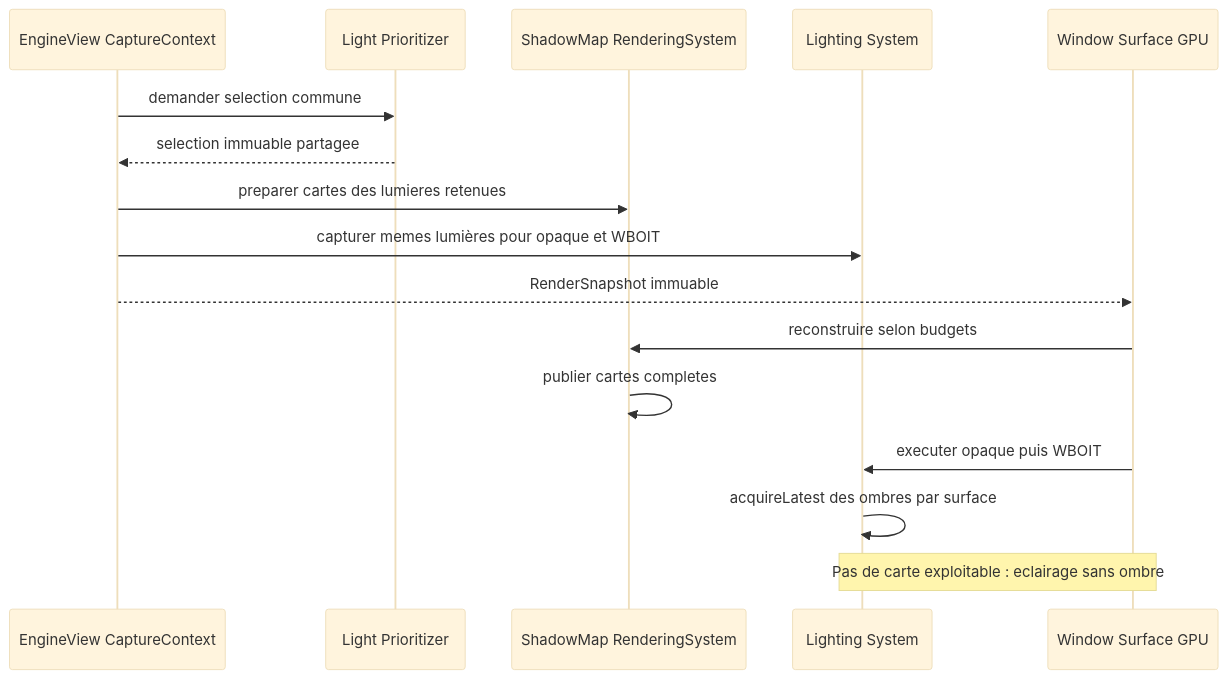
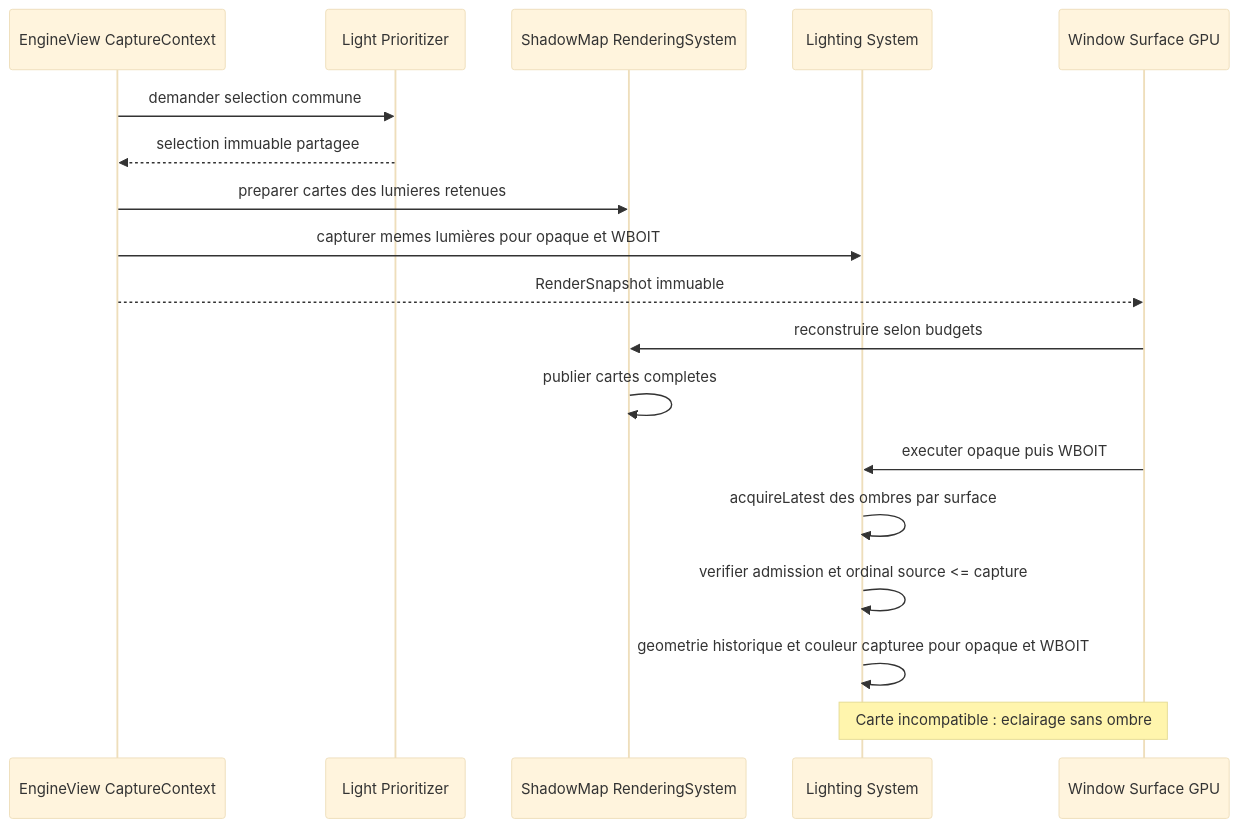
Before and after one commit to EreliaStudio/Sparkle: the second of 3 diagrams in docs/voxel-engine-v0.1.4/09-pipeline-gpu-transparence.md, drawn with Mermaid (base theme). The commit also changed other lines of this file, not shown here.

````diff
--- a/docs/voxel-engine-v0.1.4/09-pipeline-gpu-transparence.md
+++ b/docs/voxel-engine-v0.1.4/09-pipeline-gpu-transparence.md
@@ -52,18 +53,20 @@
 ```mermaid
 sequenceDiagram
   participant V as EngineView CaptureContext
   participant P as Light Prioritizer
   participant SH as ShadowMap RenderingSystem
   participant LI as Lighting System
   participant GPU as Window Surface GPU
   V->>P: demander selection commune
   P-->>V: selection immuable partagee
   V->>SH: preparer cartes des lumieres retenues
   V->>LI: capturer memes lumières pour opaque et WBOIT
   V-->>GPU: RenderSnapshot immuable
   GPU->>SH: reconstruire selon budgets
   SH->>SH: publier cartes completes
   GPU->>LI: executer opaque puis WBOIT
   LI->>LI: acquireLatest des ombres par surface
-  Note over LI,GPU: Pas de carte exploitable : eclairage sans ombre
+  LI->>LI: verifier admission et ordinal source <= capture
+  LI->>LI: geometrie historique et couleur capturee pour opaque et WBOIT
+  Note over LI,GPU: Carte incompatible : eclairage sans ombre
 ```
````
